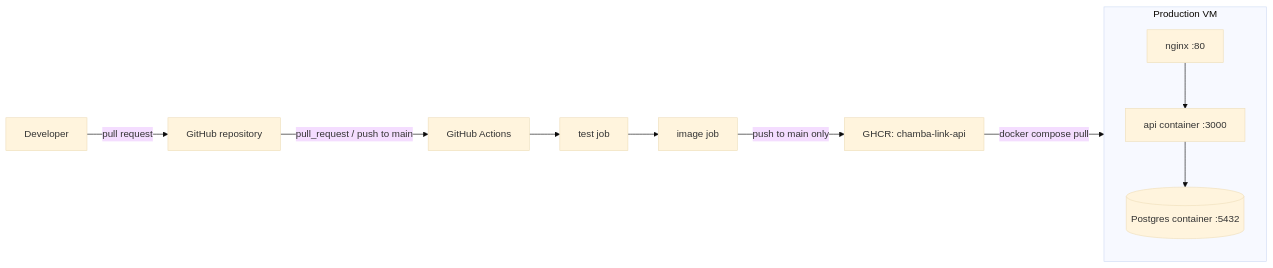
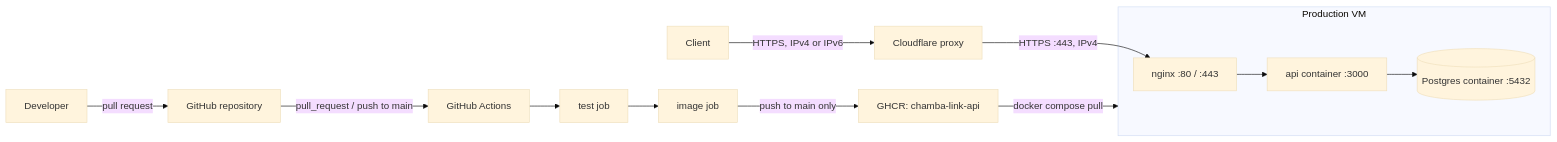
The diagram in docs/architecture.md (henriquezsergio728-tech/chamba-link), drawn with Mermaid (base theme) before and after one commit. The commit also changed other lines of this file and 3 other files, not shown here.

````diff
--- a/docs/architecture.md
+++ b/docs/architecture.md
@@ -7,13 +7,15 @@
 ```mermaid
 flowchart LR
     dev[Developer] -->|pull request| gh[GitHub repository]
     gh -->|pull_request / push to main| actions[GitHub Actions]
     actions --> test[test job]
     test --> image[image job]
     image -->|push to main only| ghcr[GHCR: chamba-link-api]
     ghcr -->|docker compose pull| vm
+    client[Client] -->|HTTPS, IPv4 or IPv6| cf[Cloudflare proxy]
+    cf -->|HTTPS :443, IPv4| nginx
     subgraph vm[Production VM]
-        nginx[nginx :80] --> api[api container :3000]
+        nginx[nginx :80 / :443] --> api[api container :3000]
         api --> db[(Postgres container :5432)]
     end
 ```
````
